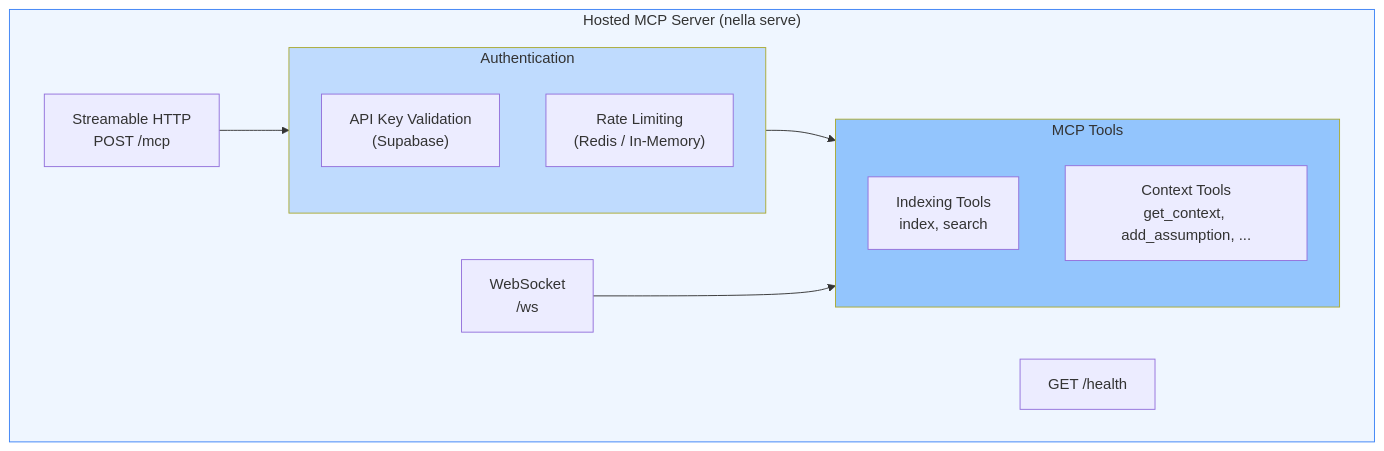
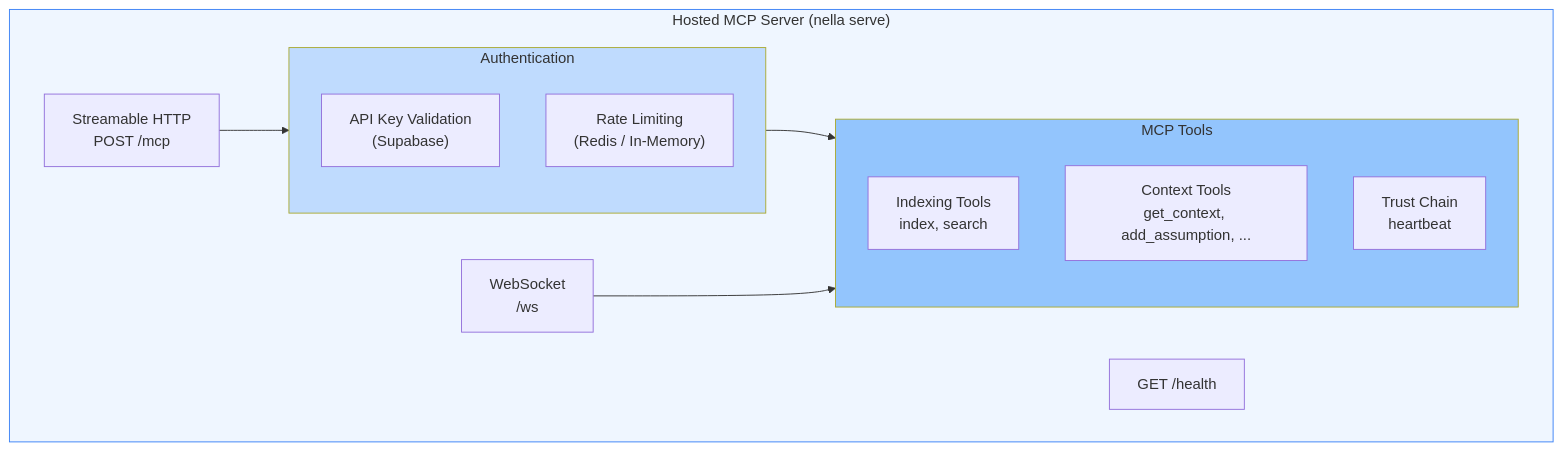
Before and after one commit to nella-labs/nella: the third of 4 diagrams in docs/architecture/mcp-server.md, drawn with Mermaid. The commit also changed other lines of this file, not shown here.

Commit message:
docs: update MCP architecture overview

````diff
--- a/docs/architecture/mcp-server.md
+++ b/docs/architecture/mcp-server.md
@@ -106,26 +115,27 @@
 ```mermaid
 graph TB
     subgraph HostedServer["Hosted MCP Server (nella serve)"]
         HTTP["Streamable HTTP<br/>POST /mcp"]
         Health["GET /health"]
         WS["WebSocket<br/>/ws"]
 
         subgraph Auth["Authentication"]
             APIKey["API Key Validation<br/>(Supabase)"]
             RateLimit["Rate Limiting<br/>(Redis / In-Memory)"]
         end
 
         subgraph Tools["MCP Tools"]
             IndexingTools["Indexing Tools<br/>index, search"]
             ContextTools["Context Tools<br/>get_context, add_assumption, ..."]
+            TrustTools["Trust Chain<br/>heartbeat"]
         end
     end
 
     HTTP --> Auth
     Auth --> Tools
     WS --> Tools
 
     style HostedServer fill:#eff6ff,stroke:#3b82f6
     style Auth fill:#bfdbfe
     style Tools fill:#93c5fd
 ```
````
